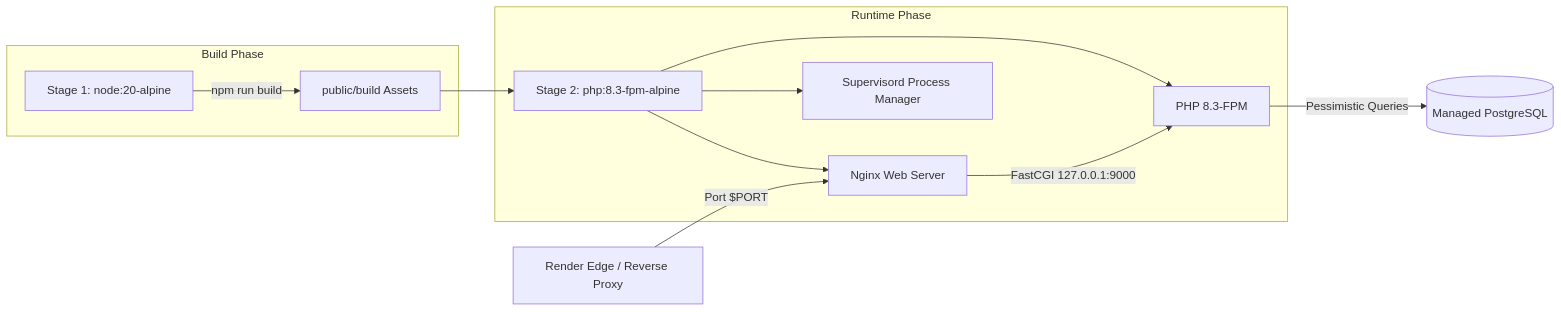
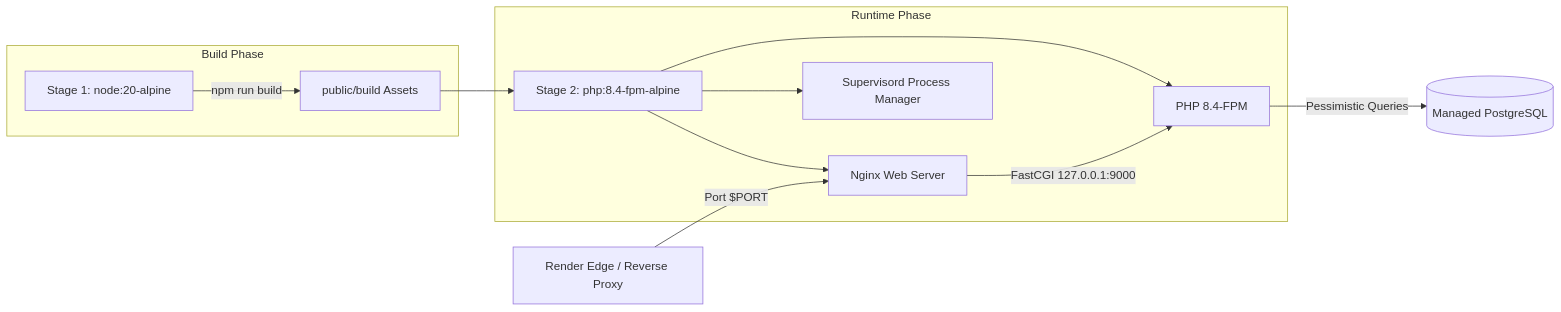
The second of 2 diagrams in docs/architecture.md (ASCENDINGHeat/ld-ni-bos), drawn with Mermaid before and after one commit. The commit also changed other lines of this file and 3 other files, not shown here.

Commit message:
fix(docker): upgrade runtime to php:8.4-fpm-alpine and add git

````diff
--- a/docs/architecture.md
+++ b/docs/architecture.md
@@ -161,17 +161,17 @@
 ```mermaid
 graph LR
     subgraph Build Phase
         NodeStage[Stage 1: node:20-alpine] -->|npm run build| BuiltAssets[public/build Assets]
     end
 
     subgraph Runtime Phase
-        BuiltAssets --> PHPStage[Stage 2: php:8.3-fpm-alpine]
+        BuiltAssets --> PHPStage[Stage 2: php:8.4-fpm-alpine]
         PHPStage --> Nginx[Nginx Web Server]
-        PHPStage --> FPM[PHP 8.3-FPM]
+        PHPStage --> FPM[PHP 8.4-FPM]
         PHPStage --> Supervisor[Supervisord Process Manager]
     end
 
     Cloud[Render Edge / Reverse Proxy] -->|Port $PORT| Nginx
     Nginx -->|FastCGI 127.0.0.1:9000| FPM
     FPM -->|Pessimistic Queries| PostgreSQL[(Managed PostgreSQL)]
 ```
````
